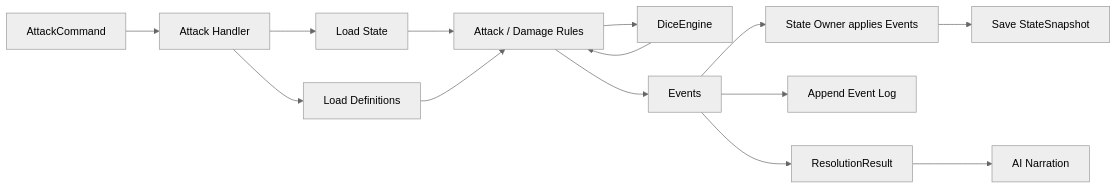
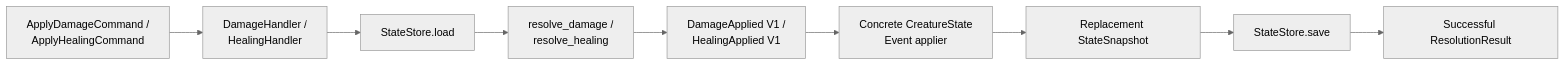
The third of 4 diagrams in AI_DND_DATA_FLOW_CURRENT.md (redbull101020/ai-dnd-master), drawn with Mermaid (neutral theme) before and after one commit. The commit also changed other lines of this file and 3 other files, not shown here.

````diff
--- a/AI_DND_DATA_FLOW_CURRENT.md
+++ b/AI_DND_DATA_FLOW_CURRENT.md
@@ -583,29 +599,21 @@
 ```mermaid
 flowchart LR
-    C["AttackCommand"]
-    H["Attack Handler"]
-    S["Load State"]
-    D["Load Definitions"]
-    R["Attack / Damage Rules"]
-    X["DiceEngine"]
-    E["Events"]
-    P["State Owner applies Events"]
-    ES["Append Event Log"]
-    SS["Save StateSnapshot"]
-    RR["ResolutionResult"]
-    AI["AI Narration"]
+    C["ApplyDamageCommand /<br/>ApplyHealingCommand"]
+    H["DamageHandler /<br/>HealingHandler"]
+    S["StateStore.load"]
+    R["resolve_damage /<br/>resolve_healing"]
+    E["DamageApplied V1 /<br/>HealingApplied V1"]
+    P["Concrete CreatureState<br/>Event applier"]
+    RS["Replacement StateSnapshot"]
+    SS["StateStore.save"]
+    RR["Successful ResolutionResult"]
 
     C --> H
     H --> S
-    H --> D
     S --> R
-    D --> R
-    R --> X
-    X --> R
     R --> E
     E --> P
-    E --> ES
-    P --> SS
-    E --> RR
-    RR --> AI
+    P --> RS
+    RS --> SS
+    SS --> RR
 ```
````
